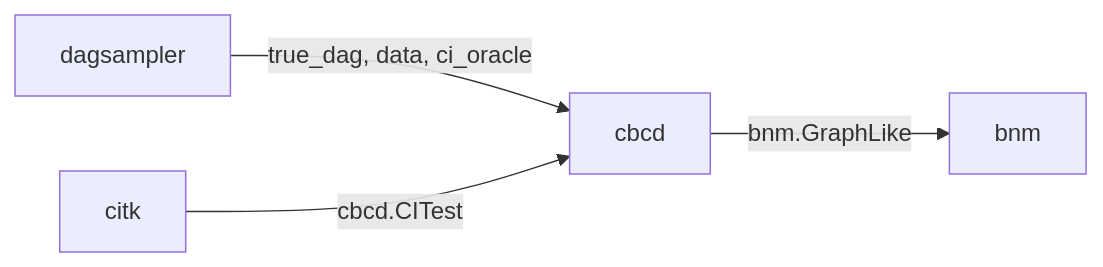
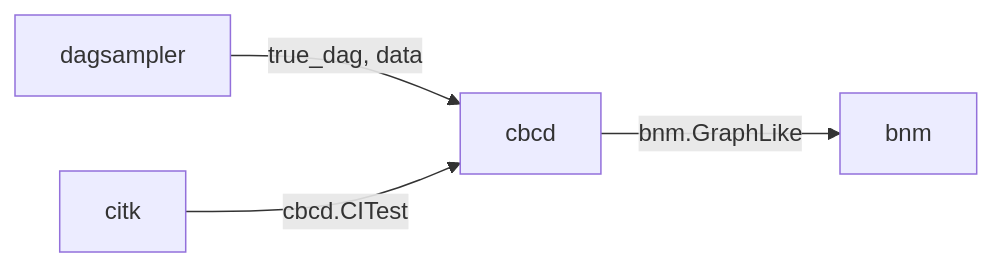
Before and after one commit to averinpa/constraint-based-causal-discovery-suite: the diagram in README.md, drawn with Mermaid. The commit also changed other lines of this file, not shown here.

````diff
--- a/README.md
+++ b/README.md
@@ -25,6 +29,6 @@
 ```mermaid
 flowchart LR
-    dagsampler -- "true_dag, data, ci_oracle" --> cbcd
+    dagsampler -- "true_dag, data" --> cbcd
     citk -- "cbcd.CITest" --> cbcd
     cbcd -- "bnm.GraphLike" --> bnm
 ```
````
